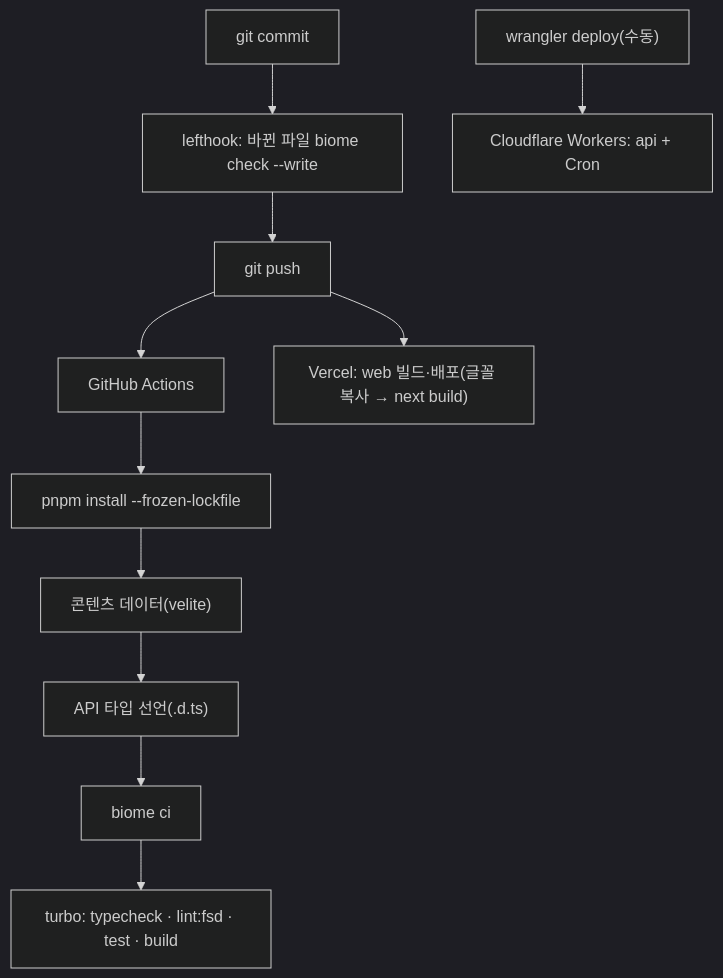
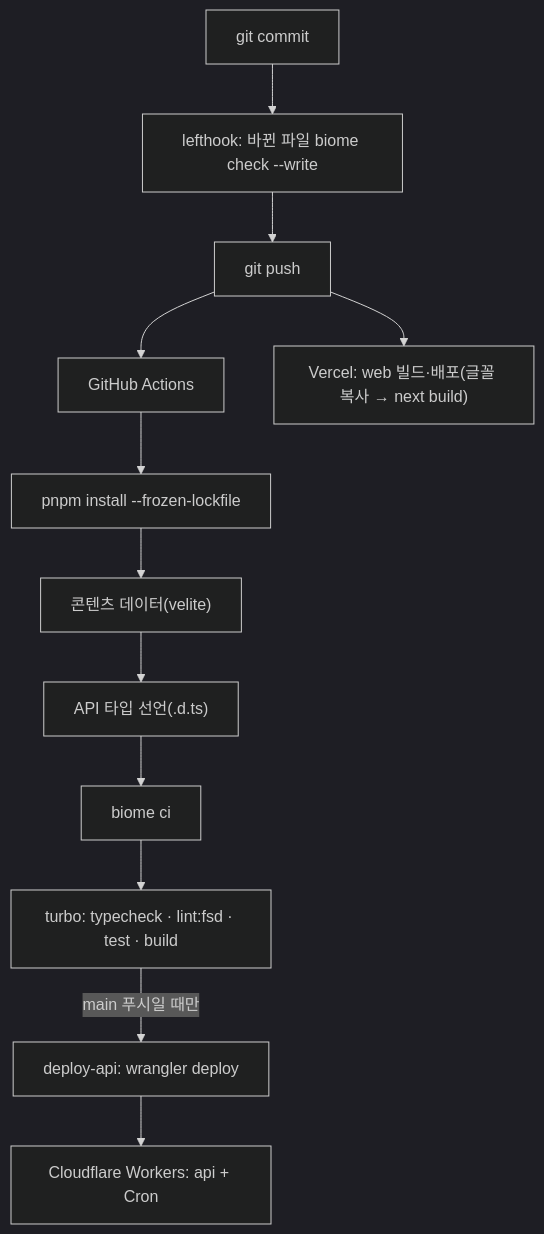
Diagram 12 of 13 in app-flow.md (arqhive/arqhive-web), drawn with Mermaid (dark theme) before and after one commit. The commit also changed other lines of this file and 4 other files, not shown here.

````diff
--- a/app-flow.md
+++ b/app-flow.md
@@ -271,9 +271,9 @@
 ```mermaid
 flowchart TB
   commit["git commit"] --> hook["lefthook: 바뀐 파일 biome check --write"]
   hook --> push["git push"]
   push --> ci["GitHub Actions"]
   ci --> c1["pnpm install --frozen-lockfile"] --> c2["콘텐츠 데이터(velite)"] --> c3["API 타입 선언(.d.ts)"] --> c4["biome ci"] --> c5["turbo: typecheck · lint:fsd · test · build"]
   push --> vercel["Vercel: web 빌드·배포(글꼴 복사 → next build)"]
-  manual["wrangler deploy(수동)"] --> workers["Cloudflare Workers: api + Cron"]
+  c5 -- "main 푸시일 때만" --> deploy["deploy-api: wrangler deploy"] --> workers["Cloudflare Workers: api + Cron"]
 ```
````
